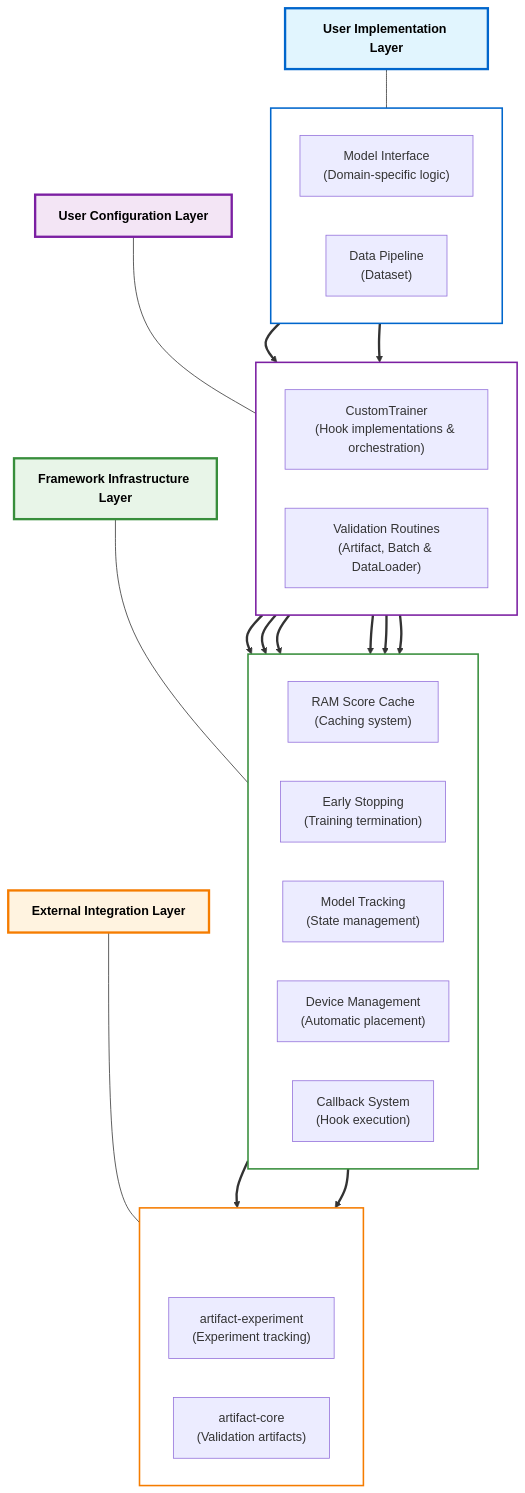
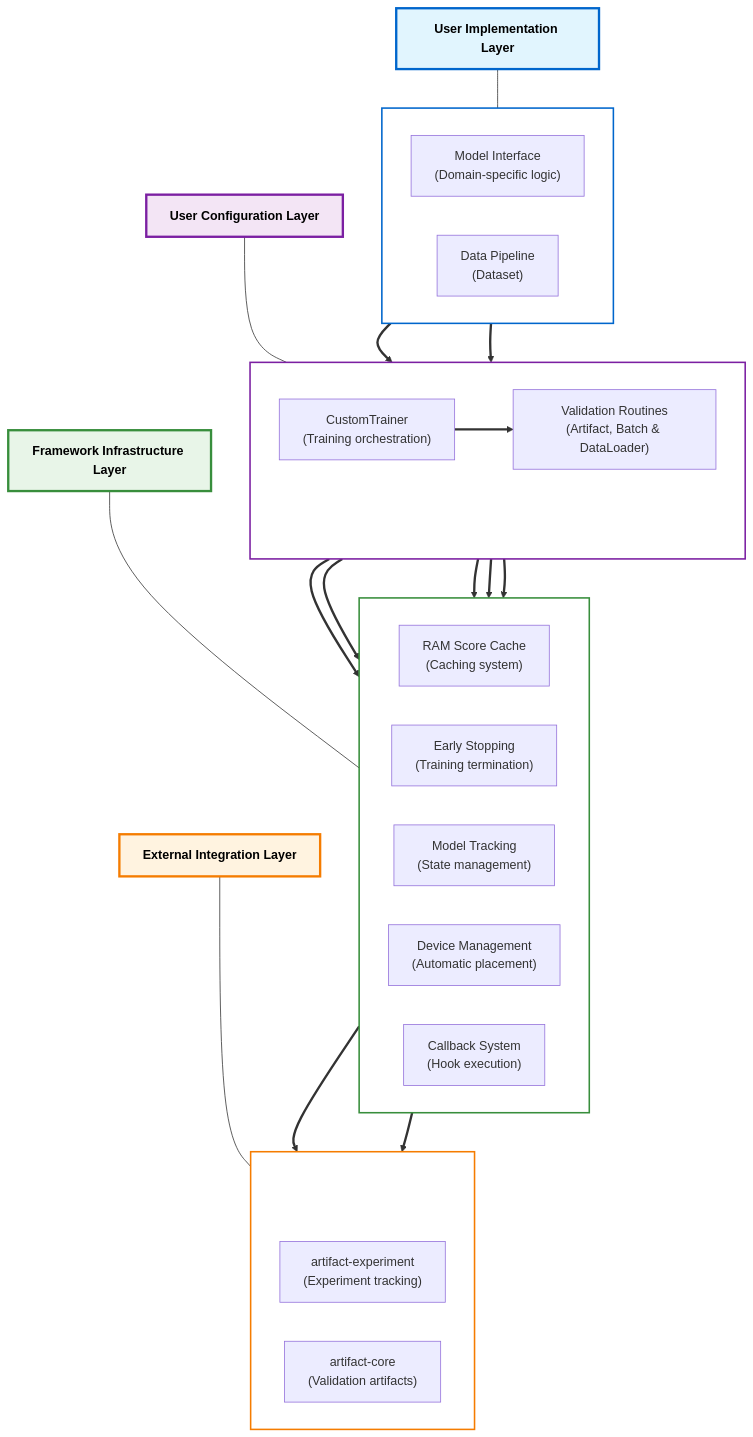
The diagram in artifact-torch/README.md (vasileios-ektor-papoulias/artifact-ml), drawn with Mermaid before and after one commit.

Commit message:
Fix dependencies in mermaid graph

````diff
--- a/artifact-torch/README.md
+++ b/artifact-torch/README.md
@@ -44,7 +44,8 @@
     
     subgraph config [" "]
         direction LR
-        Trainer["CustomTrainer<br/>(Hook implementations & orchestration)"]
+        Trainer["CustomTrainer<br/>(Training orchestration)"]
+        ConfigSpacer[" "]
         Routines["Validation Routines<br/>(Artifact, Batch & DataLoader)"]
     end
     
@@ -74,7 +75,9 @@
     Trainer --> EarlyStopping
     Trainer --> ModelTracking
     Trainer --> Device
-    Trainer --> Callbacks
+    
+    %% Configuration to Configuration
+    Trainer --> Routines
     
     %% Routine to Infrastructure
     Routines --> Callbacks
@@ -117,6 +120,7 @@
     linkStyle 8 stroke-width:3px
     linkStyle 9 stroke-width:3px
     
-    %% Hide external spacer
+    %% Hide spacers
     style ExternalSpacer fill:transparent,stroke:transparent
+    style ConfigSpacer fill:transparent,stroke:transparent
 ```
````
